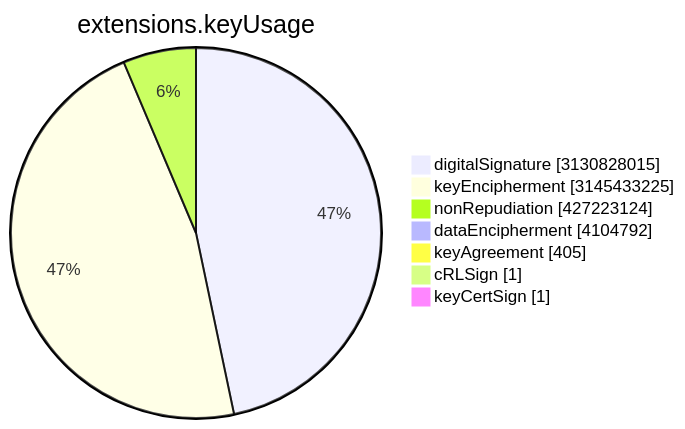
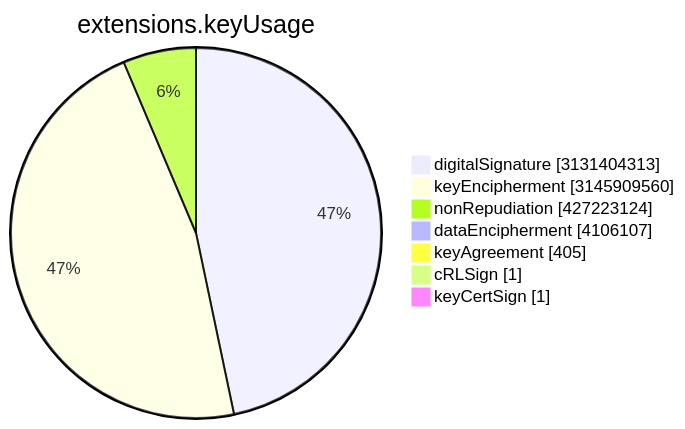
One commit to christiankrug/ctmonitor_visualization changed the sixth of 15 diagrams in TOTAL/README.md. Above: the diagram before and after it, drawn with Mermaid. The commit also changed other lines of this file, not shown here.

````diff
--- a/TOTAL/README.md
+++ b/TOTAL/README.md
@@ -3077,11 +3077,11 @@
 ```mermaid
 pie showData
 title extensions.keyUsage
-"digitalSignature" :3130828015
-"keyEncipherment" :3145433225
+"digitalSignature" :3131404313
+"keyEncipherment" :3145909560
 "nonRepudiation" :427223124
-"dataEncipherment" :4104792
+"dataEncipherment" :4106107
 "keyAgreement" :405
 "cRLSign" :1
 "keyCertSign" :1
 ```
````
